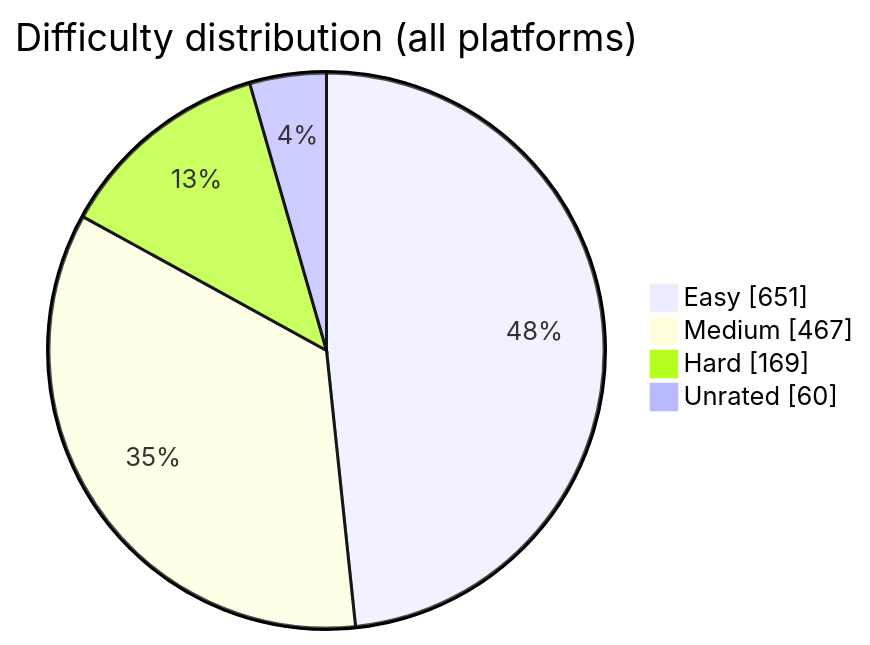
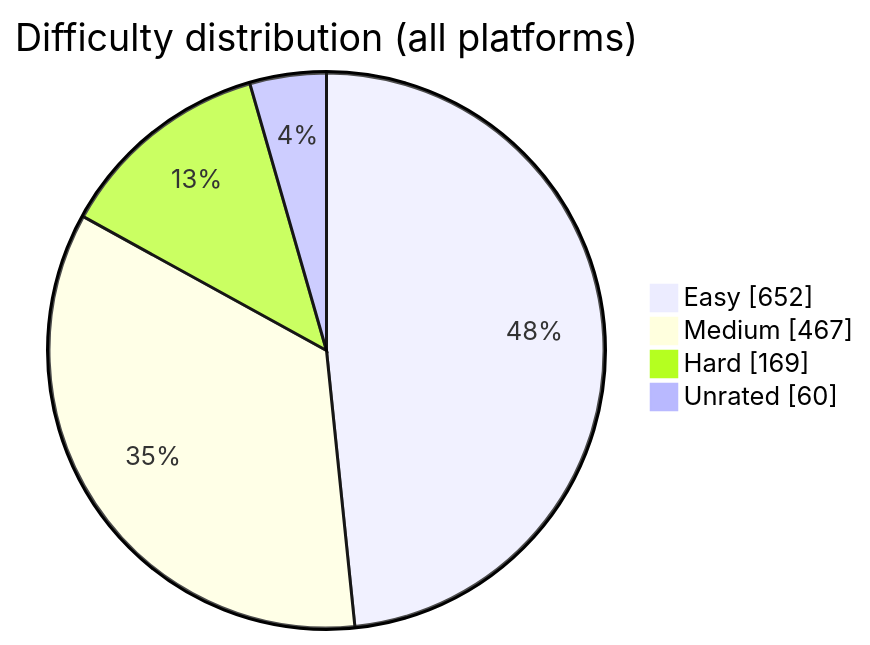
Before and after one commit to BuildbyArindam/Daily-Coding-Log: the diagram in README.md, drawn with Mermaid. The commit also changed other lines of this file, not shown here.

````diff
--- a/README.md
+++ b/README.md
@@ -93,7 +93,7 @@
 ```mermaid
 pie showData title Difficulty distribution (all platforms)
-    "Easy" : 651
+    "Easy" : 652
     "Medium" : 467
     "Hard" : 169
     "Unrated" : 60
 ```
````
